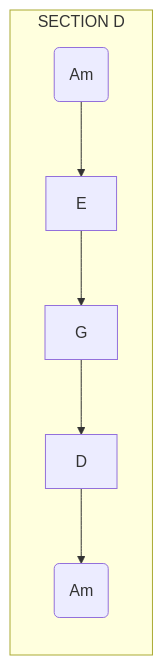
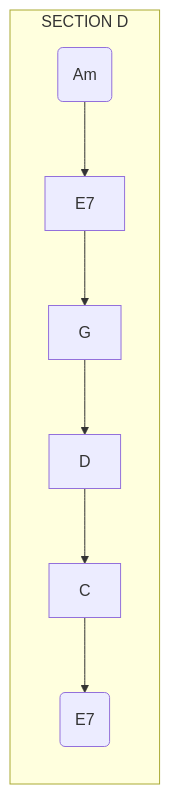
Before and after one commit to dengqinghua/dengqinghua.github.io: the second of 2 diagrams in _posts/2020-12-01-live-more.md, drawn with Mermaid. The commit also changed other lines of this file and 2 other files, not shown here.

```diff
--- a/_posts/2020-12-01-live-more.md
+++ b/_posts/2020-12-01-live-more.md
@@ -33,6 +37,6 @@
 {% mermaid %}
 graph LR
     subgraph SECTION D
-    Am(Am)-->E-->G-->D-->Am1(Am)
+    Am(Am)-->E7-->G-->D-->C-->E7-1(E7)
     end
 {% endmermaid %}
```
